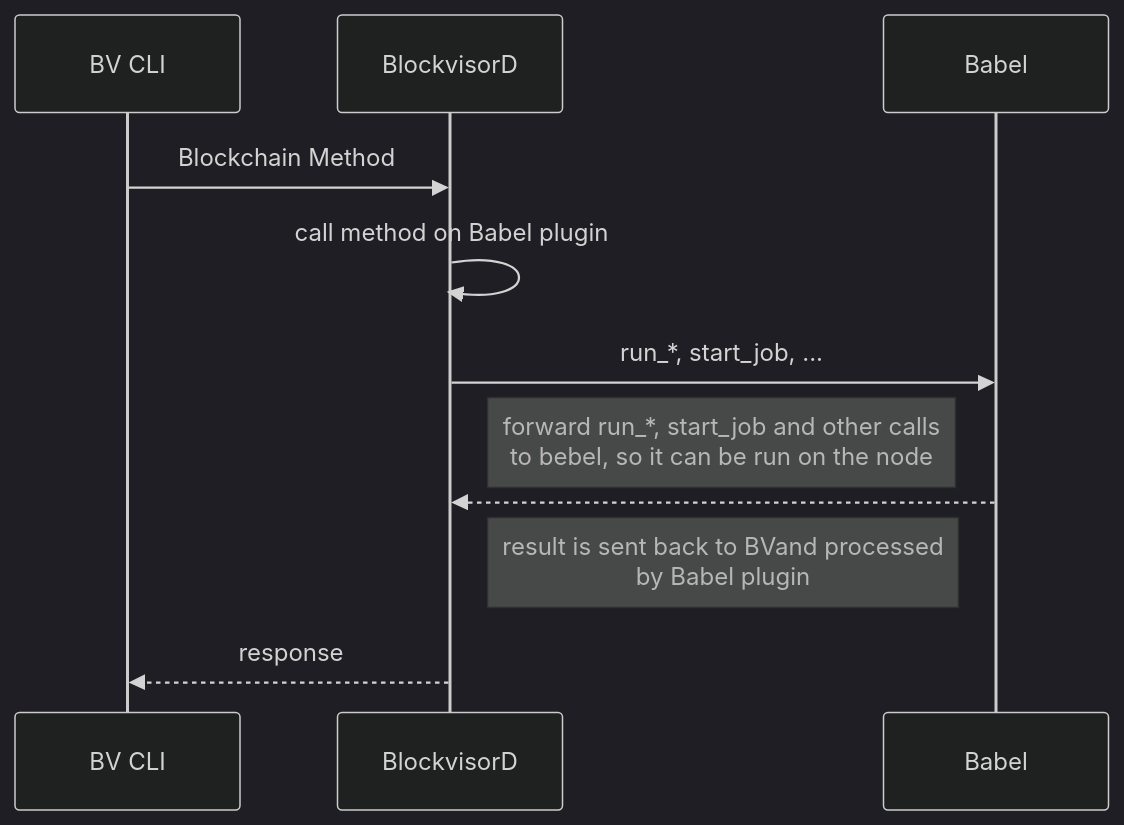
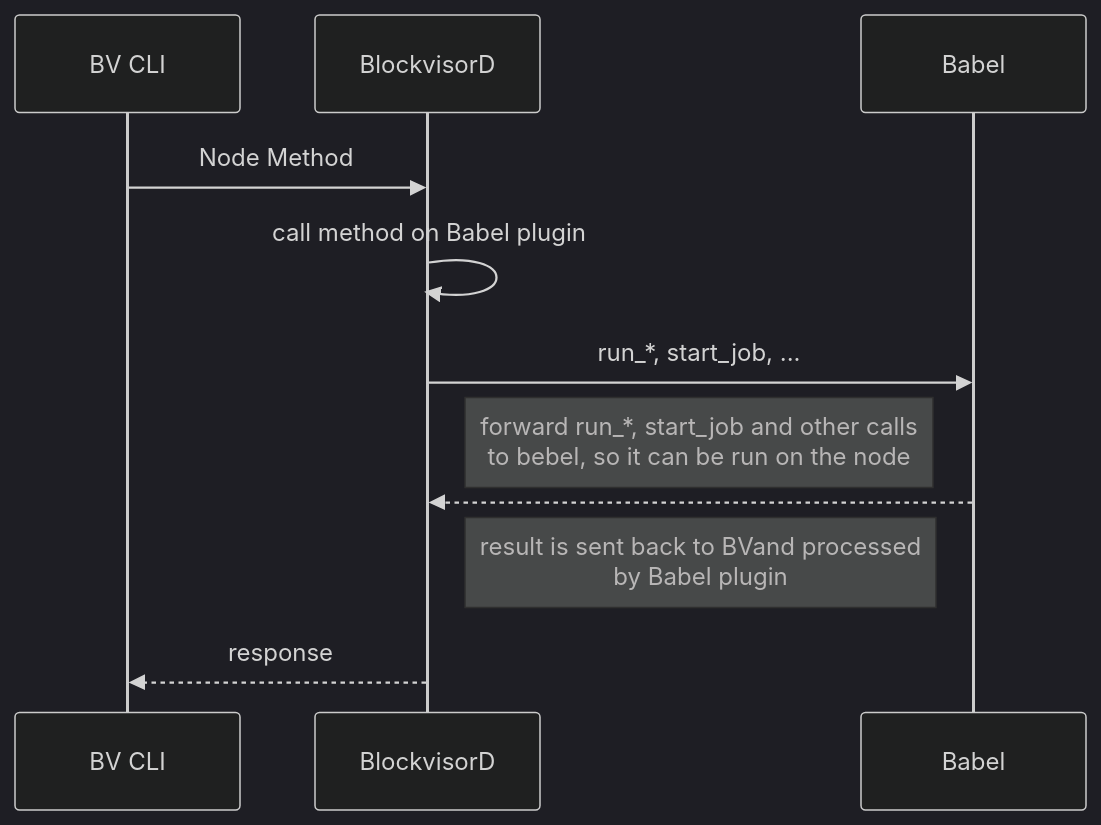
Before and after one commit to blockjoy/blockvisor: the third of 6 diagrams in README.md, drawn with Mermaid (dark theme). The commit also changed other lines of this file and 39 other files, not shown here.

````diff
--- a/README.md
+++ b/README.md
@@ -142,14 +142,14 @@
 ```mermaid
 sequenceDiagram
     participant cli as BV CLI
     participant bv as BlockvisorD
     participant babel as Babel
 
-    cli->>bv: Blockchain Method
+    cli->>bv: Node Method
     bv ->> bv: call method on Babel plugin  
     bv ->> babel: run_*, start_job, ...
     Note right of bv: forward run_*, start_job and other calls<br> to bebel, so it can be run on the node
     babel -->> bv: 
     Note right of bv: result is sent back to BVand processed<br>  by Babel plugin 
     bv-->>cli: response
 ```
````
